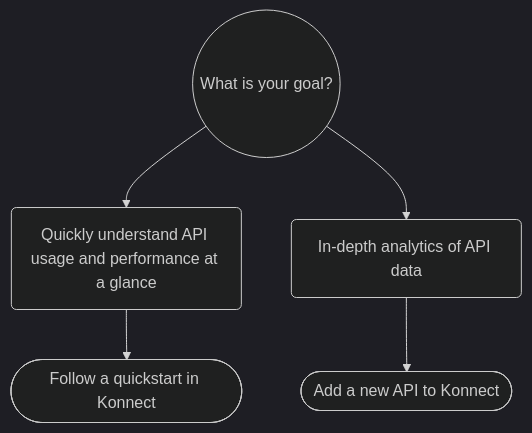
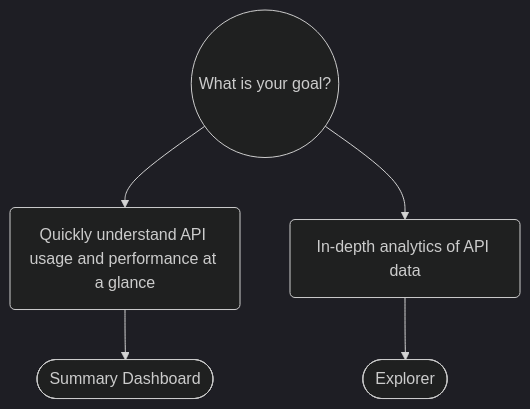
The diagram in app/konnect/analytics/index.md (Kong/docs.konghq.com), drawn with Mermaid (dark theme) before and after one commit. The commit also changed other lines of this file and 2 other files, not shown here.

```diff
--- a/app/konnect/analytics/index.md
+++ b/app/konnect/analytics/index.md
@@ -19,11 +18,11 @@
 {% mermaid %}
 flowchart TD
     A((What is your goal?)) -->B(Quickly understand API usage and performance at a glance)
     A((What is your goal?)) -->C(In-depth analytics of API data)
-    B --> D([Follow a quickstart in Konnect])
-    C --> E([Add a new API to Konnect])
+    B --> D([Summary Dashboard])
+    C --> E([Explorer])
 
     %% this section defines node interactions
     click D "/konnect/analytics/dashboard/"
     click E "/konnect/analytics/explorer/"
 {% endmermaid %}
```
